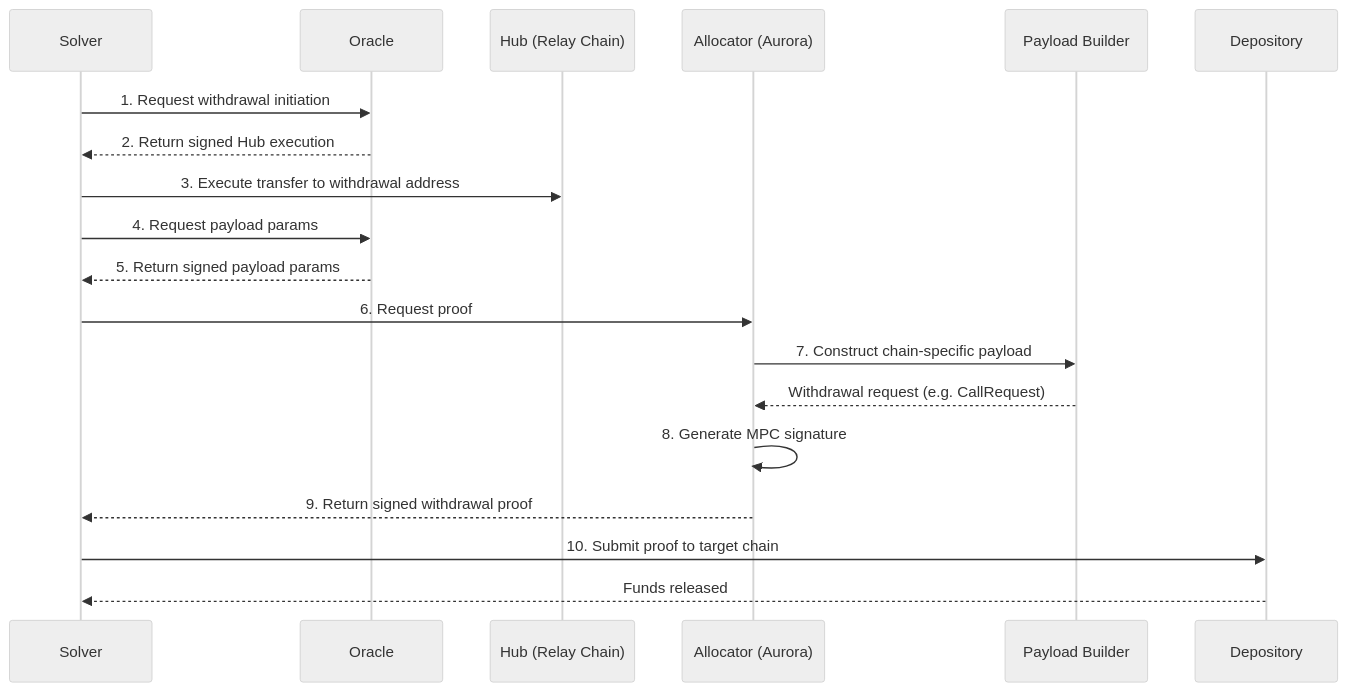
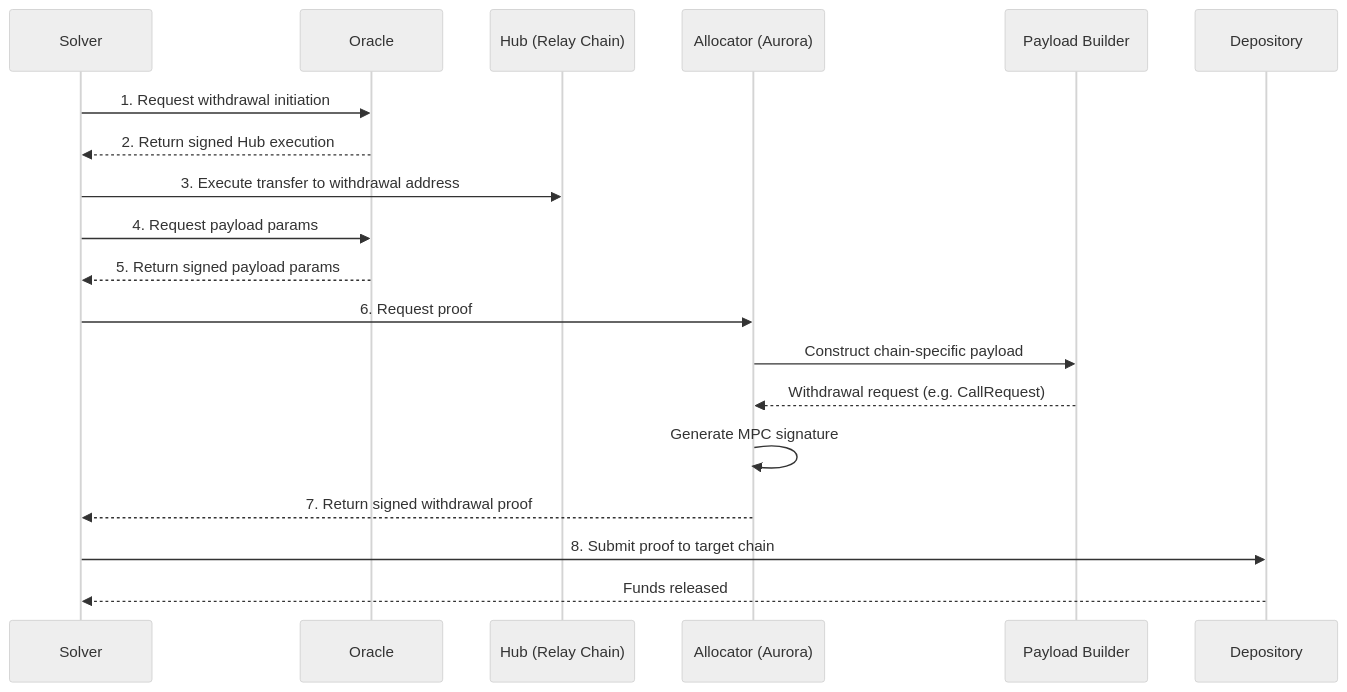
One commit to relayprotocol/relay-docs changed the diagram in references/protocol/components/allocator.mdx. Above: the diagram before and after it, drawn with Mermaid (neutral theme). The commit also changed other lines of this file and 7 other files, not shown here.

````diff
--- a/references/protocol/components/allocator.mdx
+++ b/references/protocol/components/allocator.mdx
@@ -15,22 +15,22 @@
 ```mermaid
 sequenceDiagram
     participant Solver
     participant Oracle
     participant Hub as Hub (Relay Chain)
     participant Allocator as Allocator (Aurora)
     participant PB as Payload Builder
     participant Depository
 
     Solver->>Oracle: 1. Request withdrawal initiation
     Oracle-->>Solver: 2. Return signed Hub execution
     Solver->>Hub: 3. Execute transfer to withdrawal address
     Solver->>Oracle: 4. Request payload params
     Oracle-->>Solver: 5. Return signed payload params
     Solver->>Allocator: 6. Request proof
-    Allocator->>PB: 7. Construct chain-specific payload
+    Allocator->>PB: Construct chain-specific payload
     PB-->>Allocator: Withdrawal request (e.g. CallRequest)
-    Allocator->>Allocator: 8. Generate MPC signature
-    Allocator-->>Solver: 9. Return signed withdrawal proof
-    Solver->>Depository: 10. Submit proof to target chain
+    Allocator->>Allocator: Generate MPC signature
+    Allocator-->>Solver: 7. Return signed withdrawal proof
+    Solver->>Depository: 8. Submit proof to target chain
     Depository-->>Solver: Funds released
 ```
````
